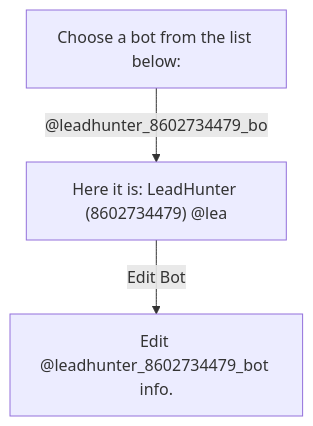
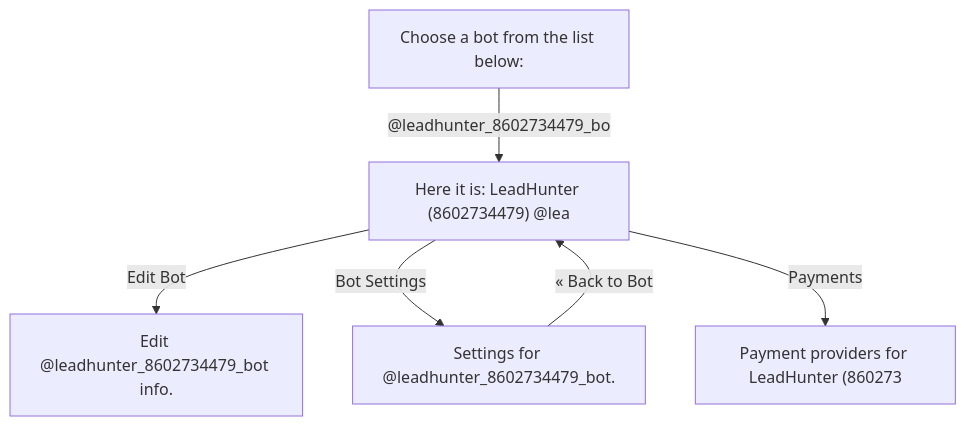
The diagram in artifacts/flow.md (axisrow/tg-use), drawn with Mermaid before and after one commit. The commit also changed 2 other files, not shown here.

Commit message:
test(crawl): полный малый обход @botfather — 5 состояний, Back-ребро к дедупу
Первый обход по скиллу (харнес решает, CLI — руки): /mybots → бот → ветки
Edit Bot / Bot Settings / Payments (глубина ≤2), «« Back to Bot» вернулся в
существующее состояние (new: false — дедуп по sha1(текст+кнопки) работает).
Toggle-кнопки Bot Settings не нажимались (deny-правило: переключатели).
Сценарий после обхода — тот же результат: 3 ok, намеренный FAIL на 4-м, exit 1.

````diff
--- a/artifacts/flow.md
+++ b/artifacts/flow.md
@@ -3,8 +3,13 @@
 ```mermaid
 flowchart TD
     7b5c2e5e["Choose a bot from the list below:"]
     b11800b2["Here it is: LeadHunter (8602734479) @lea"]
     8494ab00["Edit @leadhunter_8602734479_bot info."]
+    64145c11["Settings for @leadhunter_8602734479_bot."]
+    bb02a8da["Payment providers for LeadHunter (860273"]
     7b5c2e5e -->|"@leadhunter_8602734479_bo"| b11800b2
     b11800b2 -->|"Edit Bot"| 8494ab00
+    b11800b2 -->|"Bot Settings"| 64145c11
+    64145c11 -->|"« Back to Bot"| b11800b2
+    b11800b2 -->|"Payments"| bb02a8da
 ```
````
